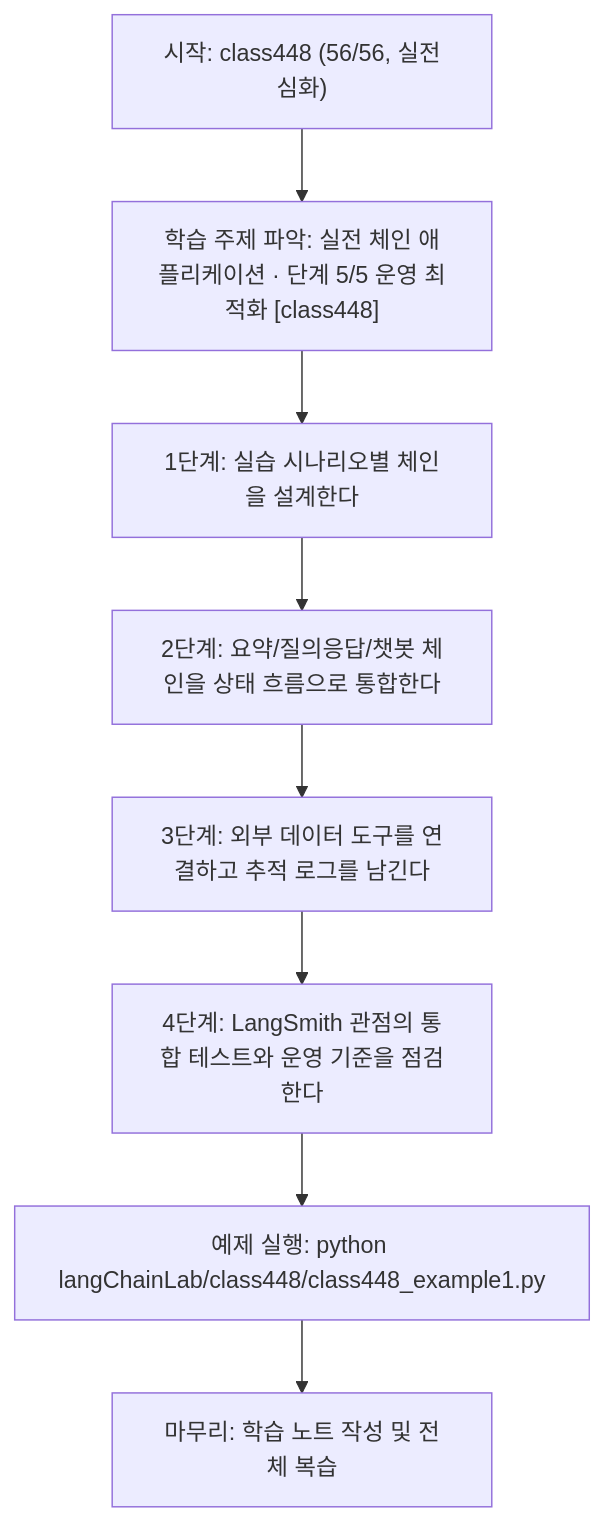
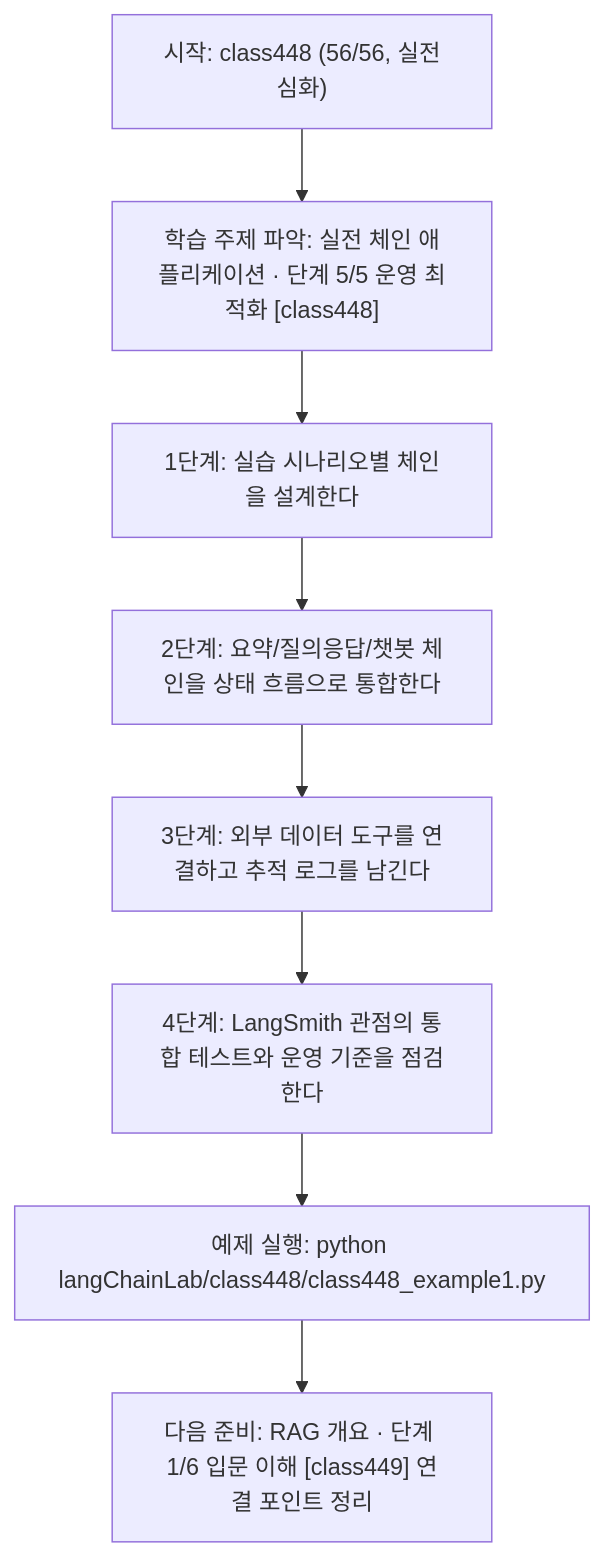
The diagram in langChainLab/class448/class448.md (edumgt/Python-AI_Agent-Class), drawn with Mermaid before and after one commit. The commit also changed other lines of this file and 1409 other files, not shown here.

````diff
--- a/langChainLab/class448/class448.md
+++ b/langChainLab/class448/class448.md
@@ -91,18 +90,18 @@
 ```mermaid
 flowchart TD
 N1["시작: class448 (56/56, 실전심화)"]
 N2["학습 주제 파악: 실전 체인 애플리케이션 · 단계 5/5 운영 최적화 [class448]"]
 N3["1단계: 실습 시나리오별 체인을 설계한다"]
 N4["2단계: 요약/질의응답/챗봇 체인을 상태 흐름으로 통합한다"]
 N5["3단계: 외부 데이터 도구를 연결하고 추적 로그를 남긴다"]
 N6["4단계: LangSmith 관점의 통합 테스트와 운영 기준을 점검한다"]
 N7["예제 실행: python langChainLab/class448/class448_example1.py"]
-N8["마무리: 학습 노트 작성 및 전체 복습"]
+N8["다음 준비: RAG 개요 · 단계 1/6 입문 이해 [class449] 연결 포인트 정리"]
 N1 --> N2
 N2 --> N3
 N3 --> N4
 N4 --> N5
 N5 --> N6
 N6 --> N7
 N7 --> N8
 ```
````
